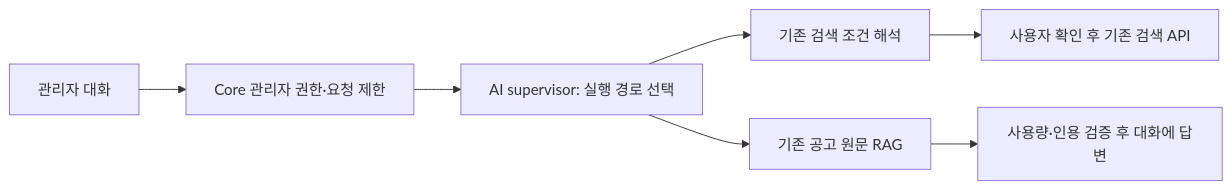
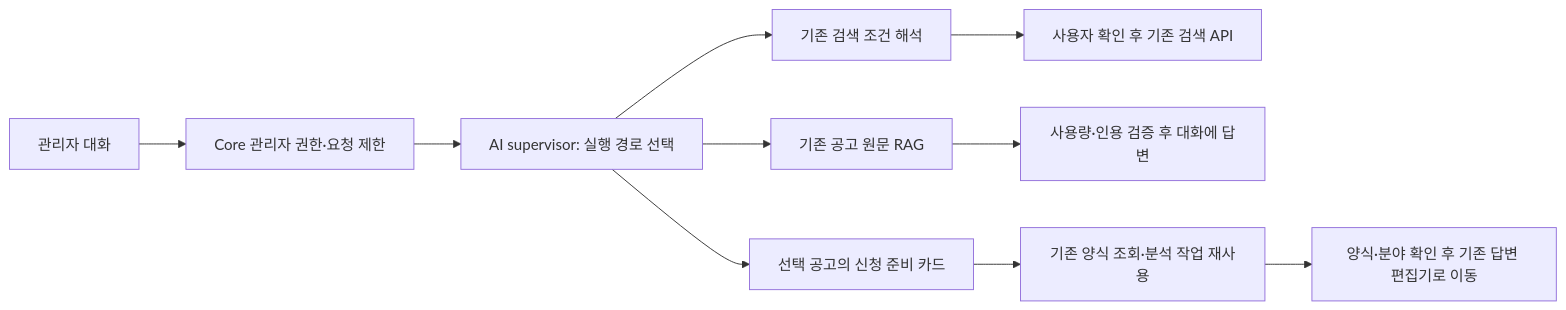
Diagram 19 of 24 in README.md (SKNETWORKS-FAMILY-AICAMP/SKN34-4th-1Team), drawn with Mermaid before and after one commit. The commit also changed other lines of this file and 29 other files, not shown here.

````diff
--- a/README.md
+++ b/README.md
@@ -665,9 +665,12 @@
 ```mermaid
 flowchart LR
     Chat[관리자 대화] --> Core[Core 관리자 권한·요청 제한]
     Core --> Supervisor[AI supervisor: 실행 경로 선택]
     Supervisor --> Search[기존 검색 조건 해석]
     Supervisor --> Evidence[기존 공고 원문 RAG]
+    Supervisor --> Application[선택 공고의 신청 준비 카드]
     Search --> Confirm[사용자 확인 후 기존 검색 API]
     Evidence --> Reply[사용량·인용 검증 후 대화에 답변]
+    Application --> Forms[기존 양식 조회·분석 작업 재사용]
+    Forms --> Editor[양식·분야 확인 후 기존 답변 편집기로 이동]
 ```
````
